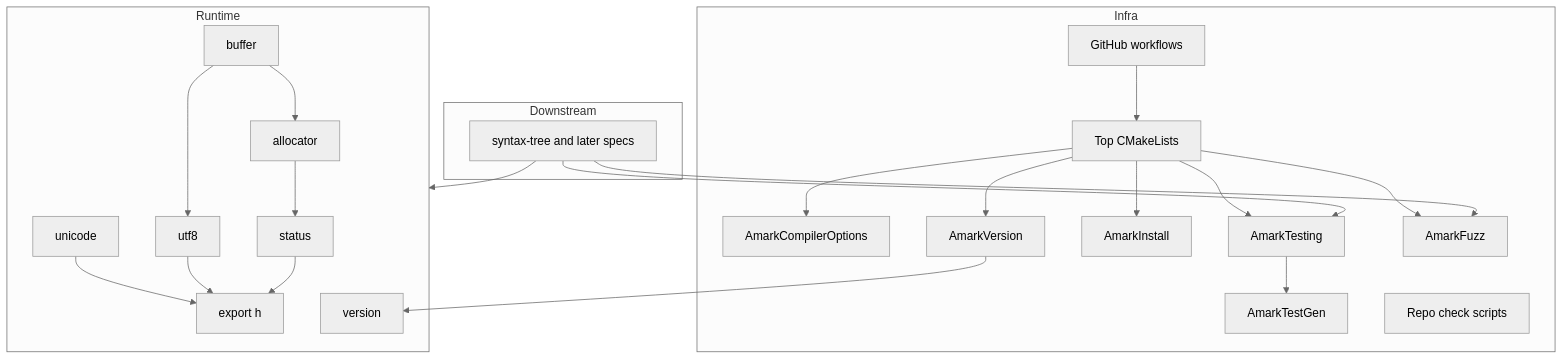
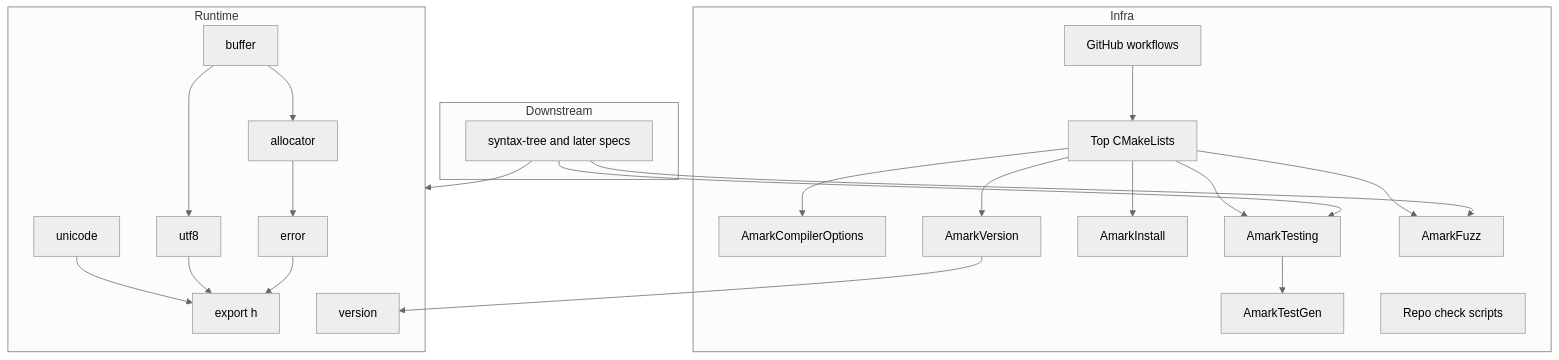
Before and after one commit to ktdevx/amark-private2: the first of 4 diagrams in .kiro/specs/foundation/design.md, drawn with Mermaid (neutral theme). The commit also changed other lines of this file and 22 other files, not shown here.

````diff
--- a/.kiro/specs/foundation/design.md
+++ b/.kiro/specs/foundation/design.md
@@ -82,43 +82,43 @@
 ```mermaid
 graph TB
     subgraph Infra
         TopCMake[Top CMakeLists]
         CompilerOpts[AmarkCompilerOptions]
         VersionMod[AmarkVersion]
         InstallMod[AmarkInstall]
         TestingMod[AmarkTesting]
         TestGenMod[AmarkTestGen]
         FuzzMod[AmarkFuzz]
         Checks[Repo check scripts]
         Workflows[GitHub workflows]
     end
     subgraph Runtime
         Export[export h]
         Version[version]
-        Status[status]
+        Error[error]
         Allocator[allocator]
         Buffer[buffer]
         Utf8[utf8]
         Unicode[unicode]
     end
     subgraph Downstream
         Tree[syntax-tree and later specs]
     end
     TopCMake --> CompilerOpts
     TopCMake --> VersionMod
     TopCMake --> InstallMod
     TopCMake --> TestingMod
     TopCMake --> FuzzMod
     TestingMod --> TestGenMod
     VersionMod --> Version
     Buffer --> Allocator
     Buffer --> Utf8
-    Allocator --> Status
+    Allocator --> Error
     Unicode --> Export
     Utf8 --> Export
-    Status --> Export
+    Error --> Export
     Tree --> Runtime
     Tree --> TestingMod
     Tree --> FuzzMod
     Workflows --> TopCMake
 ```
````
